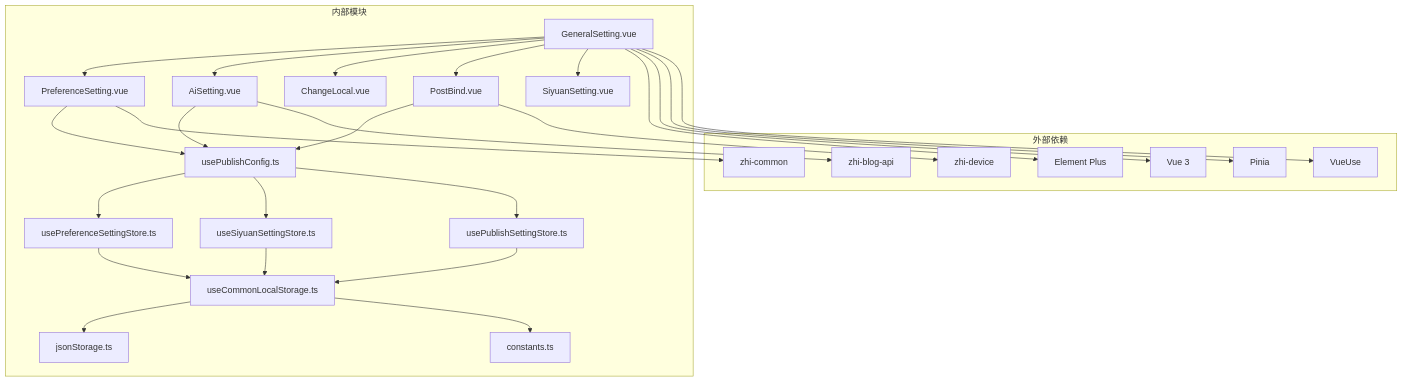
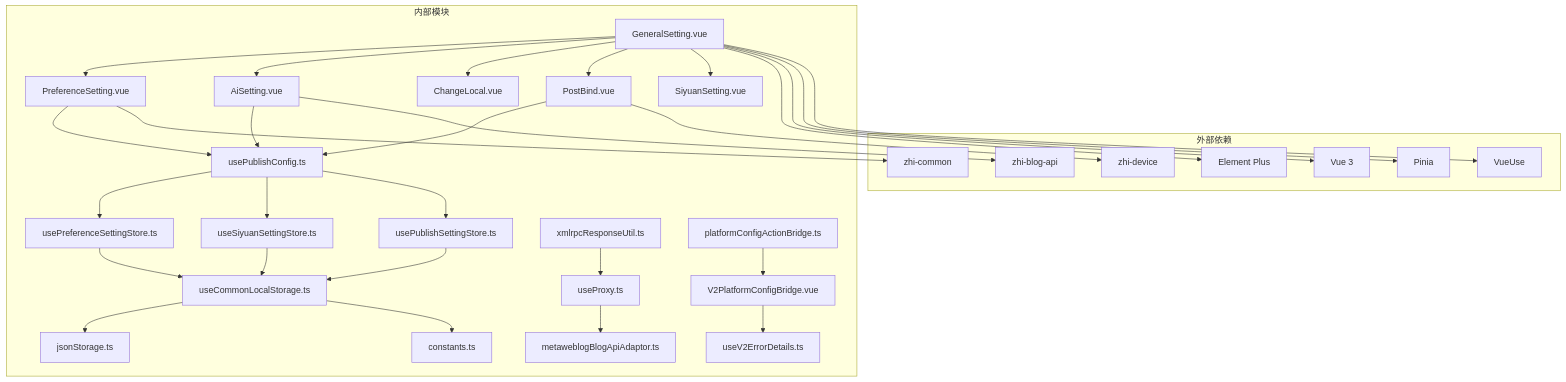
One commit to terwer/siyuan-plugin-publisher changed diagram 13 of 13 in .qoder/repowiki/zh/content/用户界面组件/设置组件/发布设置组件/单一平台设置组件/通用博客设置组件.md. Above: the diagram before and after it, drawn with Mermaid. The commit also changed other lines of this file and 16 other files, not shown here.

First line of the commit message:
feat(metaweblog): enhance XML-RPC proxy and platform adapter system

````diff
--- a/.qoder/repowiki/zh/content/用户界面组件/设置组件/发布设置组件/单一平台设置组件/通用博客设置组件.md
+++ b/.qoder/repowiki/zh/content/用户界面组件/设置组件/发布设置组件/单一平台设置组件/通用博客设置组件.md
@@ -338,50 +465,60 @@
 ```mermaid
 graph TB
 subgraph "外部依赖"
 Vue[Vue 3]
 ElementPlus[Element Plus]
 Pinia[Pinia]
 VueUse[VueUse]
 ZhiDevice[zhi-device]
 ZhiBlogAPI[zhi-blog-api]
 ZhiCommon[zhi-common]
 end
 subgraph "内部模块"
 GeneralSetting[GeneralSetting.vue]
 PreferenceSetting[PreferenceSetting.vue]
 AiSetting[AiSetting.vue]
 ChangeLocal[ChangeLocal.vue]
 PostBind[PostBind.vue]
 SiyuanSetting[SiyuanSetting.vue]
 usePublishConfig[usePublishConfig.ts]
 usePreferenceSettingStore[usePreferenceSettingStore.ts]
 useSiyuanSettingStore[useSiyuanSettingStore.ts]
 usePublishSettingStore[usePublishSettingStore.ts]
 useCommonLocalStorage[useCommonLocalStorage.ts]
 jsonStorage[jsonStorage.ts]
 constants[constants.ts]
+xmlrpcResponseUtil[xmlrpcResponseUtil.ts]
+useProxy[useProxy.ts]
+metaweblogBlogApiAdaptor[metaweblogBlogApiAdaptor.ts]
+platformConfigActionBridge[platformConfigActionBridge.ts]
+V2PlatformConfigBridge[V2PlatformConfigBridge.vue]
+useV2ErrorDetails[useV2ErrorDetails.ts]
 end
 GeneralSetting --> PreferenceSetting
 GeneralSetting --> AiSetting
 GeneralSetting --> ChangeLocal
 GeneralSetting --> PostBind
 GeneralSetting --> SiyuanSetting
 PreferenceSetting --> usePublishConfig
 AiSetting --> usePublishConfig
 PostBind --> usePublishConfig
 usePublishConfig --> usePreferenceSettingStore
 usePublishConfig --> useSiyuanSettingStore
 usePublishConfig --> usePublishSettingStore
 usePreferenceSettingStore --> useCommonLocalStorage
 useSiyuanSettingStore --> useCommonLocalStorage
 usePublishSettingStore --> useCommonLocalStorage
 useCommonLocalStorage --> jsonStorage
 useCommonLocalStorage --> constants
 GeneralSetting --> ElementPlus
 GeneralSetting --> Vue
 GeneralSetting --> Pinia
 GeneralSetting --> VueUse
 PreferenceSetting --> ZhiCommon
 AiSetting --> ZhiBlogAPI
 PostBind --> ZhiDevice
+xmlrpcResponseUtil --> useProxy
+useProxy --> metaweblogBlogApiAdaptor
+platformConfigActionBridge --> V2PlatformConfigBridge
+V2PlatformConfigBridge --> useV2ErrorDetails
 ```
````
